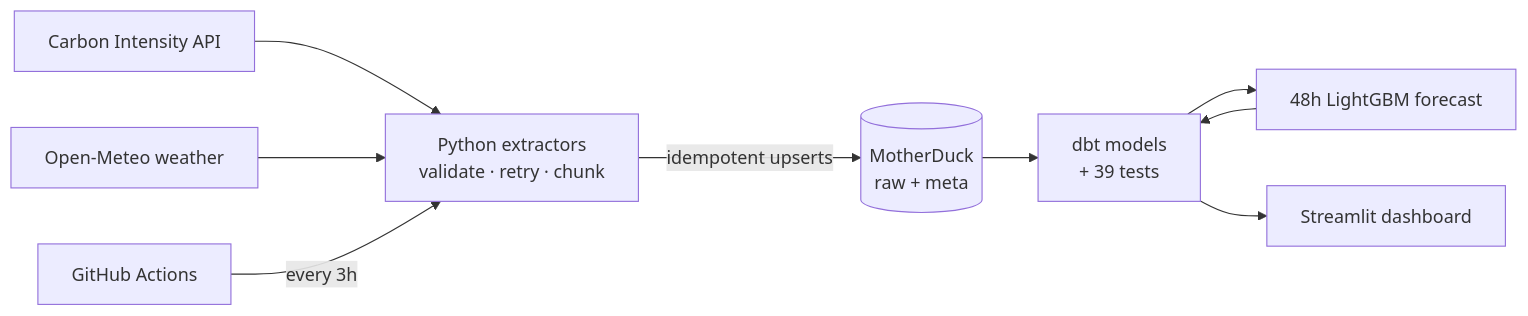
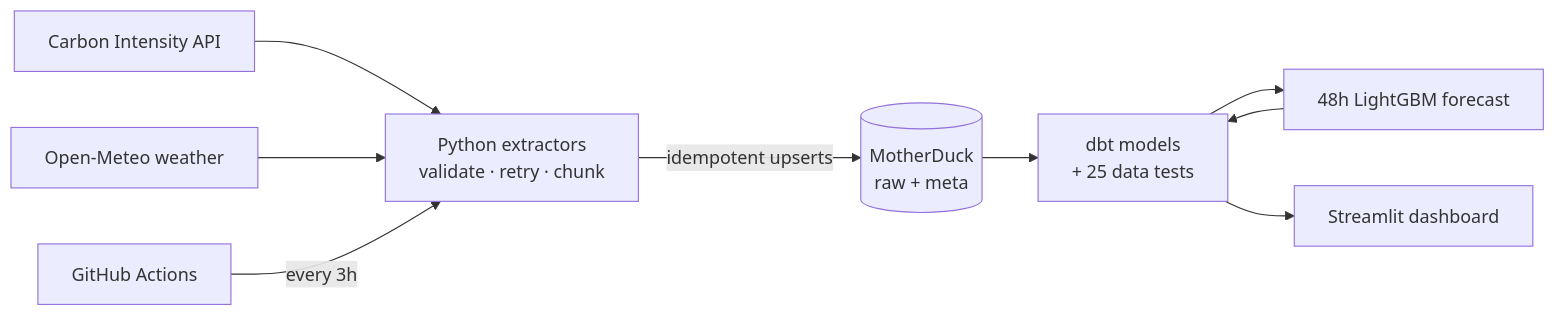
The diagram in README.md (p3rpetualpanda/gb-grid-carbon), drawn with Mermaid before and after one commit. The commit also changed other lines of this file and 14 other files, not shown here.

````diff
--- a/README.md
+++ b/README.md
@@ -15,11 +15,11 @@
 ```mermaid
 flowchart LR
   A[Carbon Intensity API] --> E[Python extractors<br/>validate · retry · chunk]
   B[Open-Meteo weather] --> E
   E -->|idempotent upserts| R[(MotherDuck<br/>raw + meta)]
-  R --> D[dbt models<br/>+ 39 tests]
+  R --> D[dbt models<br/>+ 25 data tests]
   D --> F[48h LightGBM forecast]
   F --> D
   D --> S[Streamlit dashboard]
   G[GitHub Actions] -->|every 3h| E
 ```
````
